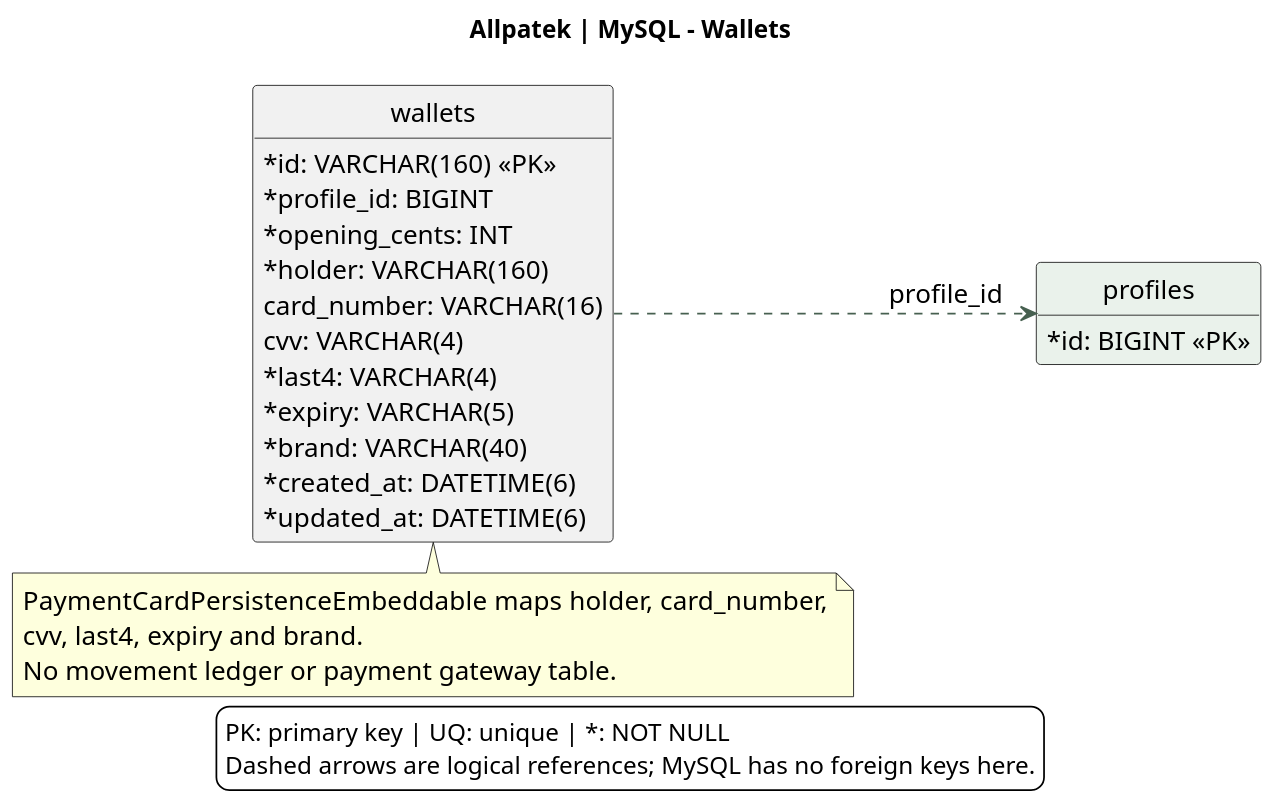
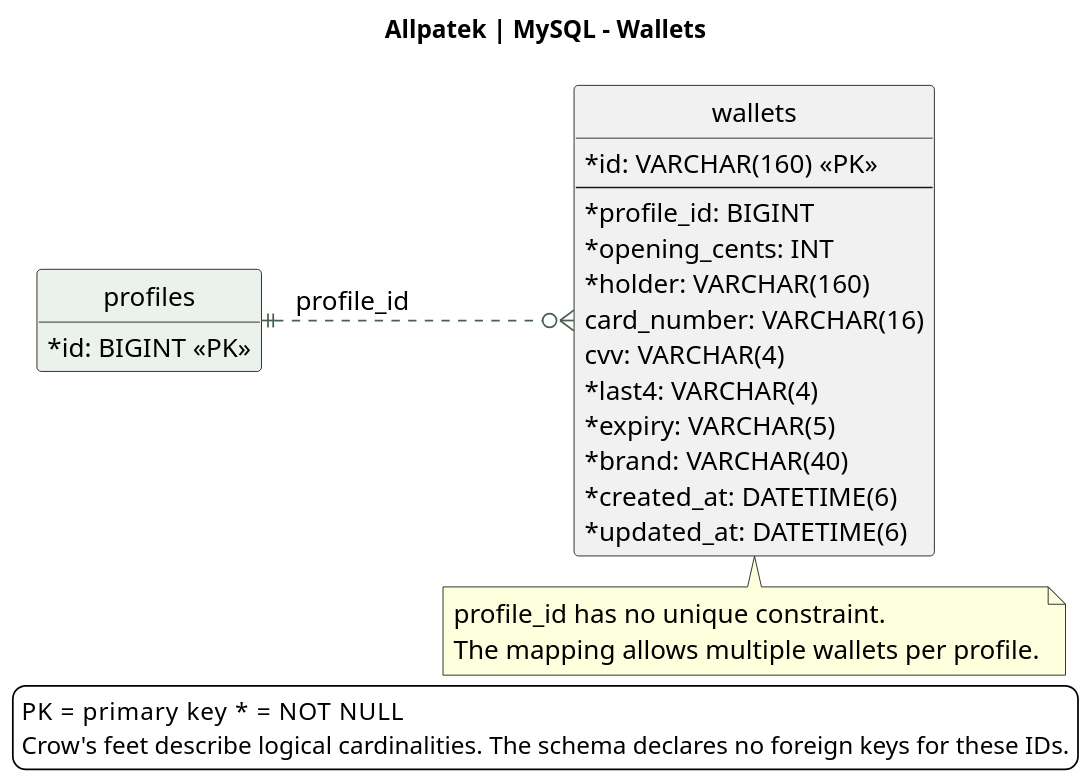
The diagram in assets/chapter-04/architecture/16-database-payments.puml (upc-pre-202620-1asi0729-7753-Terranova/allpatek-report), drawn with PlantUML before and after one commit. The commit also changed 3 other files, not shown here.

```diff
--- a/assets/chapter-04/architecture/16-database-payments.puml
+++ b/assets/chapter-04/architecture/16-database-payments.puml
@@ -1,40 +1,40 @@
 @startuml
 !pragma layout smetana
 skinparam backgroundColor white
 skinparam defaultFontName SansSerif
 skinparam defaultFontSize 15
 skinparam shadowing false
 skinparam classAttributeIconSize 0
 skinparam ArrowColor #476050
 skinparam dpi 140
 hide methods
 hide circle
 title Allpatek | MySQL - Wallets
 left to right direction
 entity "wallets" as wallet {
   {field} * id: VARCHAR(160) <<PK>>
+  --
   {field} * profile_id: BIGINT
   {field} * opening_cents: INT
   {field} * holder: VARCHAR(160)
   {field} card_number: VARCHAR(16)
   {field} cvv: VARCHAR(4)
   {field} * last4: VARCHAR(4)
   {field} * expiry: VARCHAR(5)
   {field} * brand: VARCHAR(40)
   {field} * created_at: DATETIME(6)
   {field} * updated_at: DATETIME(6)
 }
 entity "profiles" as profile #EAF2EB {
   {field} * id: BIGINT <<PK>>
 }
-wallet ..> profile : profile_id
+profile ||..o{ wallet : profile_id
 note bottom of wallet
-  PaymentCardPersistenceEmbeddable maps holder, card_number,
-  cvv, last4, expiry and brand.
-  No movement ledger or payment gateway table.
+  profile_id has no unique constraint.
+  The mapping allows multiple wallets per profile.
 end note
 legend bottom
-PK: primary key | UQ: unique | *: NOT NULL
-Dashed arrows are logical references; MySQL has no foreign keys here.
+PK = primary key     * = NOT NULL
+Crow's feet describe logical cardinalities. The schema declares no foreign keys for these IDs.
 endlegend
 @enduml
```
